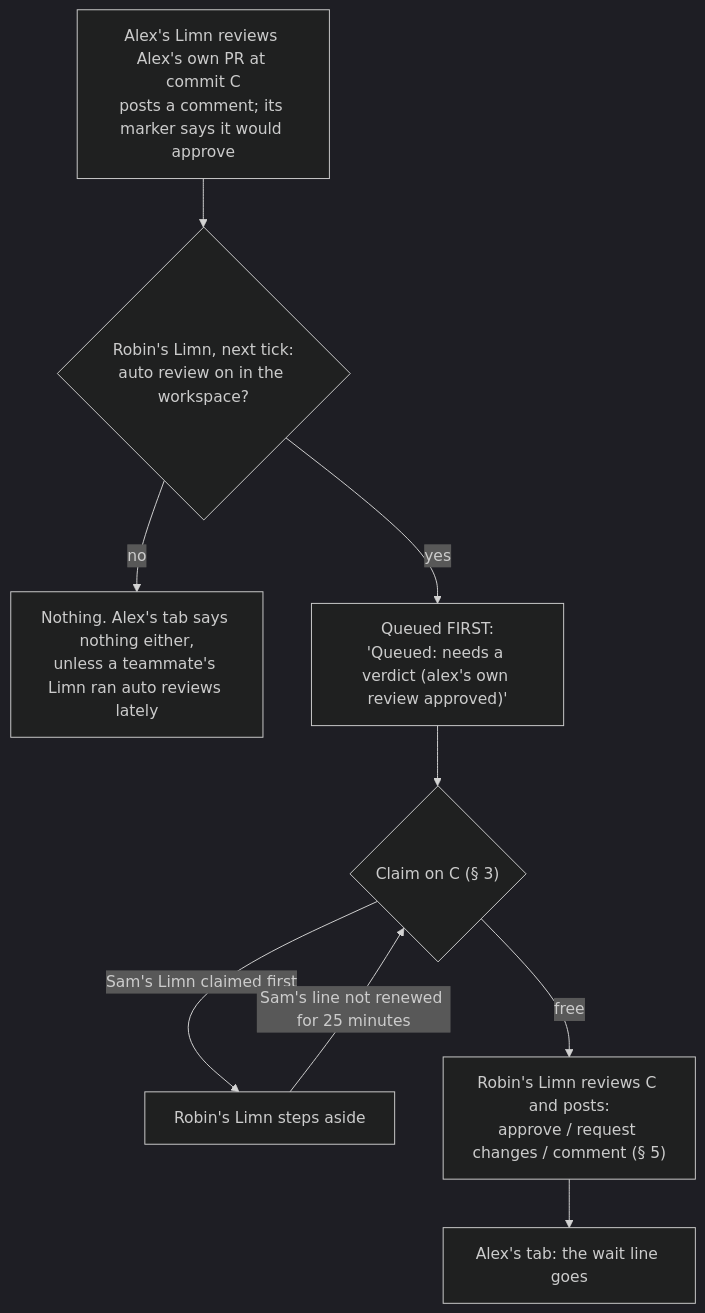
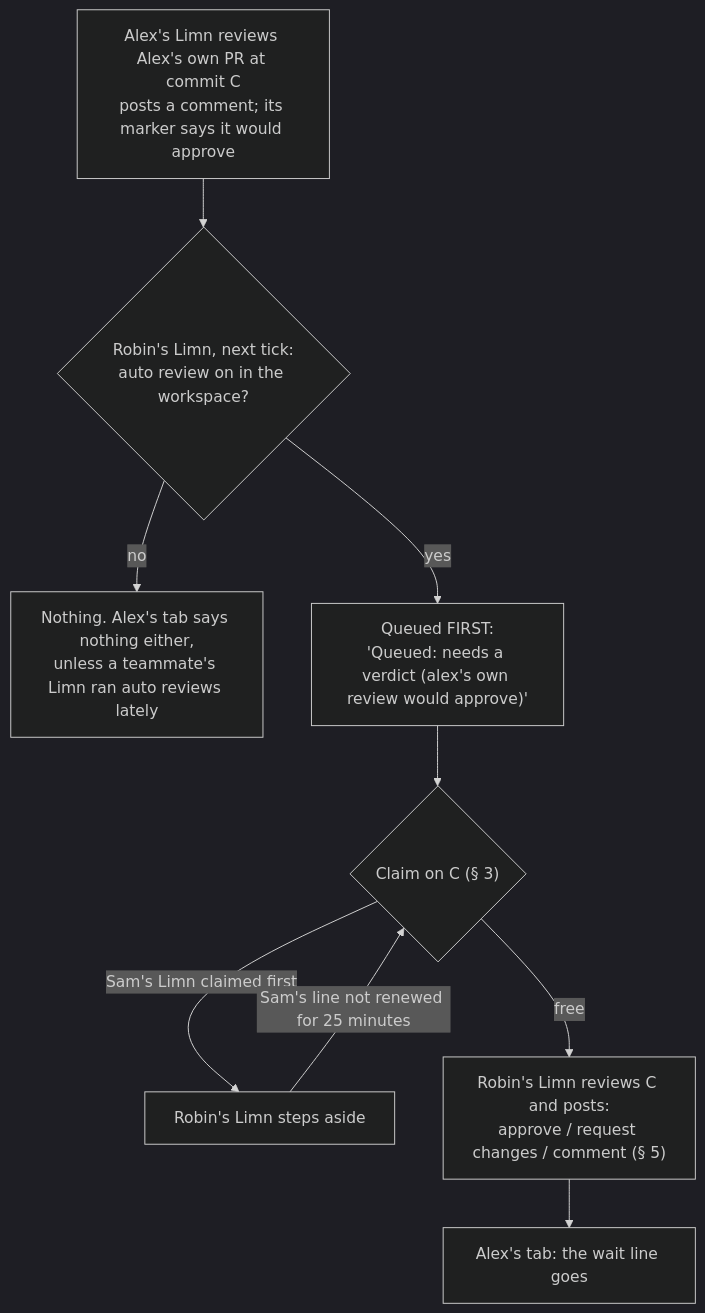
The fourth of 8 diagrams in docs/TEAM-REVIEW.md (alexwakeman/pierre-review), drawn with Mermaid (dark theme) before and after one commit. The commit also changed other lines of this file and 11 other files, not shown here.

First line of the commit message:
Auto review verdict pick-up: cap, posting scope, catch-up, ov= gates

````diff
--- a/docs/TEAM-REVIEW.md
+++ b/docs/TEAM-REVIEW.md
@@ -253,11 +253,11 @@
 ```mermaid
 flowchart TD
   A["Alex's Limn reviews Alex's own PR at commit C<br/>posts a comment; its marker says it would approve"] --> S{"Robin's Limn, next tick:<br/>auto review on in the workspace?"}
   S -- no --> N["Nothing. Alex's tab says nothing either,<br/>unless a teammate's Limn ran auto reviews lately"]
-  S -- yes --> Q["Queued FIRST:<br/>'Queued: needs a verdict (alex's own review approved)'"]
+  S -- yes --> Q["Queued FIRST:<br/>'Queued: needs a verdict (alex's own review would approve)'"]
   Q --> C{"Claim on C (§ 3)"}
   C -- "Sam's Limn claimed first" --> W["Robin's Limn steps aside"]
   W -- "Sam's line not renewed for 25 minutes" --> C
   C -- free --> R["Robin's Limn reviews C and posts:<br/>approve / request changes / comment (§ 5)"]
   R --> D["Alex's tab: the wait line goes"]
 ```
````
